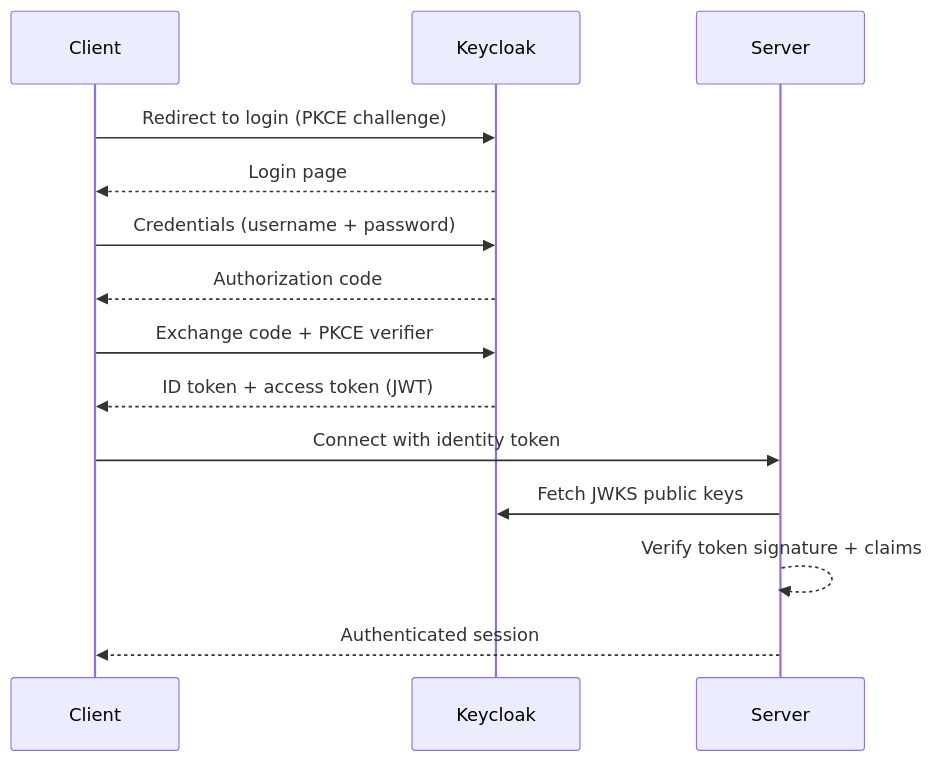
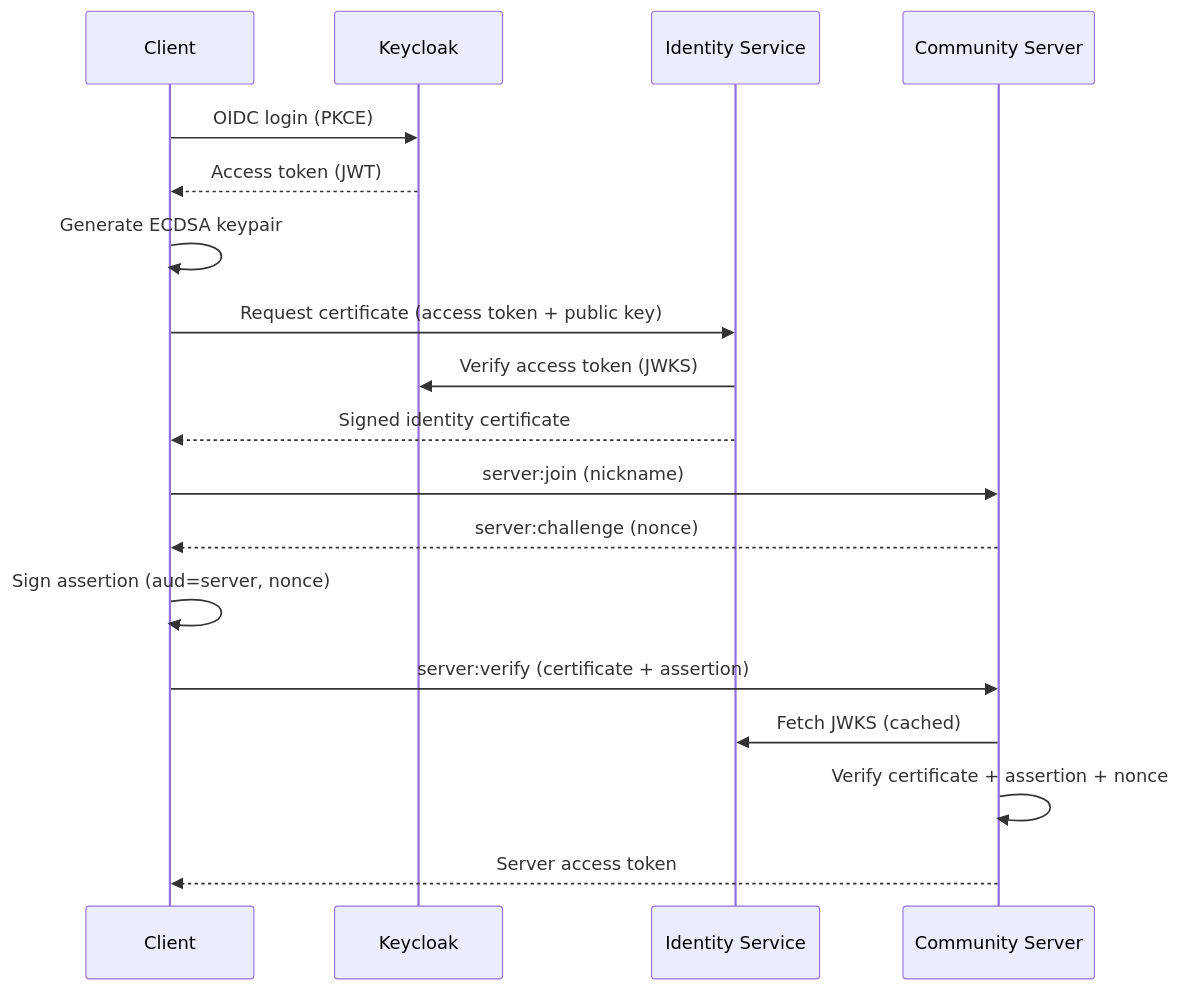
One commit to Gryt-chat/docs changed the third of 4 diagrams in content/docs/guide/architecture.mdx. Above: the diagram before and after it, drawn with Mermaid. The commit also changed other lines of this file and 4 other files, not shown here.

First line of the commit message:
docs: update authentication flow and architecture details

````diff
--- a/content/docs/guide/architecture.mdx
+++ b/content/docs/guide/architecture.mdx
@@ -138,17 +145,22 @@
 ```mermaid
 sequenceDiagram
   participant C as Client
   participant K as Keycloak
-  participant S as Server
+  participant ID as Identity Service
+  participant S as Community Server
 
-  C->>K: Redirect to login (PKCE challenge)
-  K-->>C: Login page
-  C->>K: Credentials (username + password)
-  K-->>C: Authorization code
-  C->>K: Exchange code + PKCE verifier
-  K-->>C: ID token + access token (JWT)
-  C->>S: Connect with identity token
-  S->>K: Fetch JWKS public keys
-  S-->>S: Verify token signature + claims
-  S-->>C: Authenticated session
+  C->>K: OIDC login (PKCE)
+  K-->>C: Access token (JWT)
+  C->>C: Generate ECDSA keypair
+  C->>ID: Request certificate (access token + public key)
+  ID->>K: Verify access token (JWKS)
+  ID-->>C: Signed identity certificate
+
+  C->>S: server:join (nickname)
+  S-->>C: server:challenge (nonce)
+  C->>C: Sign assertion (aud=server, nonce)
+  C->>S: server:verify (certificate + assertion)
+  S->>ID: Fetch JWKS (cached)
+  S->>S: Verify certificate + assertion + nonce
+  S-->>C: Server access token
 ```
````
